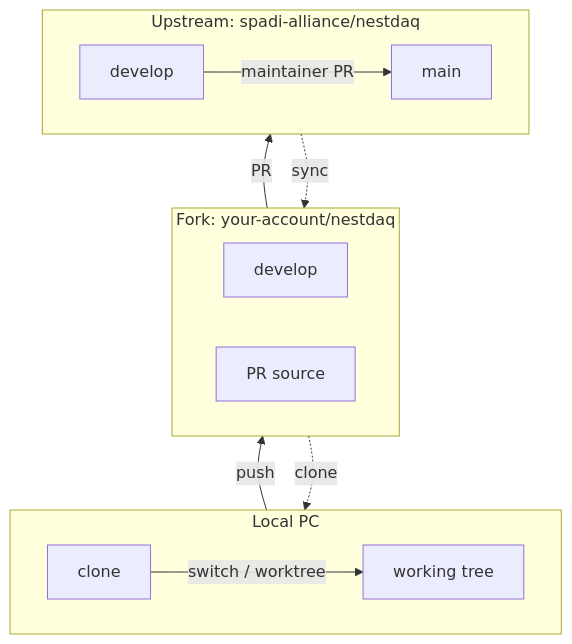
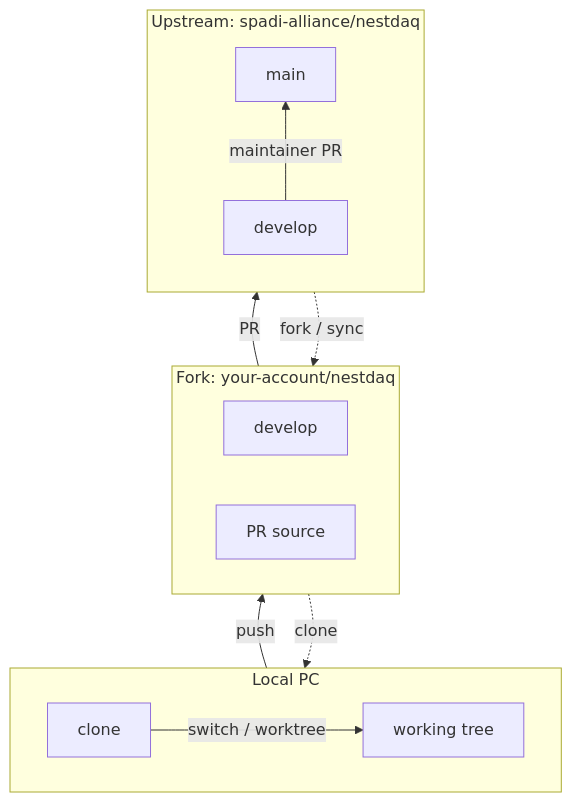
One commit to tntakahashi/nestdaq changed the diagram in CONTRIBUTING.ja.md. Above: the diagram before and after it, drawn with Mermaid. The commit also changed 1 other file, not shown here.

````diff
--- a/CONTRIBUTING.ja.md
+++ b/CONTRIBUTING.ja.md
@@ -25,27 +25,27 @@
 ```mermaid
 flowchart BT
   subgraph Upstream["Upstream: spadi-alliance/nestdaq"]
-    direction LR
+    direction BT
     UpstreamDevelop["develop"]
     UpstreamMain["main"]
   end
 
   subgraph Fork["Fork: your-account/nestdaq"]
     direction LR
     ForkDevelop["develop"]
     ForkWorking["PR source"]
   end
 
   subgraph Local["Local PC"]
     direction LR
     LocalClone["clone"]
     LocalWorking["working tree"]
   end
 
-  UpstreamDevelop -.->|sync| ForkDevelop
+  UpstreamDevelop -.->|fork / sync| ForkDevelop
   ForkDevelop -.->|clone| LocalClone
   LocalClone -->|switch / worktree| LocalWorking
   LocalWorking -->|push| ForkWorking
   ForkWorking -->|PR| UpstreamDevelop
   UpstreamDevelop -->|maintainer PR| UpstreamMain
 ```
````
